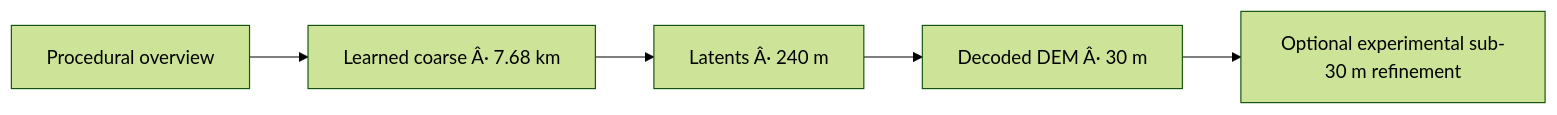
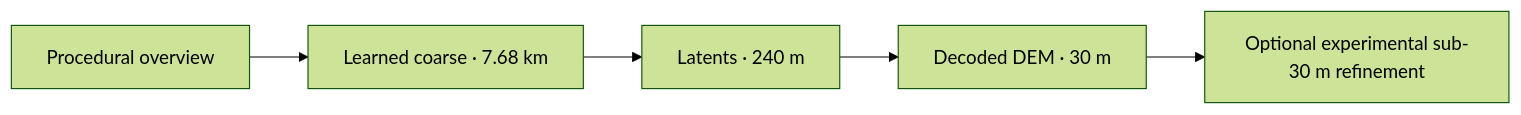
Before and after one commit to dunkean/neural-earth: the second of 2 diagrams in README.md, drawn with Mermaid (forest theme). The commit also changed other lines of this file and 42 other files, not shown here.

Commit message:
Extend terrain galleries from LOD 9 to -2 and add MagnaUrbis roadmap

````diff
--- a/README.md
+++ b/README.md
@@ -108,7 +112,7 @@
 ```mermaid
 flowchart LR
-    A[Procedural overview] --> B[Learned coarse Â· 7.68 km]
-    B --> C[Latents Â· 240 m]
-    C --> D[Decoded DEM Â· 30 m]
+    A[Procedural overview] --> B[Learned coarse · 7.68 km]
+    B --> C[Latents · 240 m]
+    C --> D[Decoded DEM · 30 m]
     D --> E[Optional experimental sub-30 m refinement]
 ```
````
